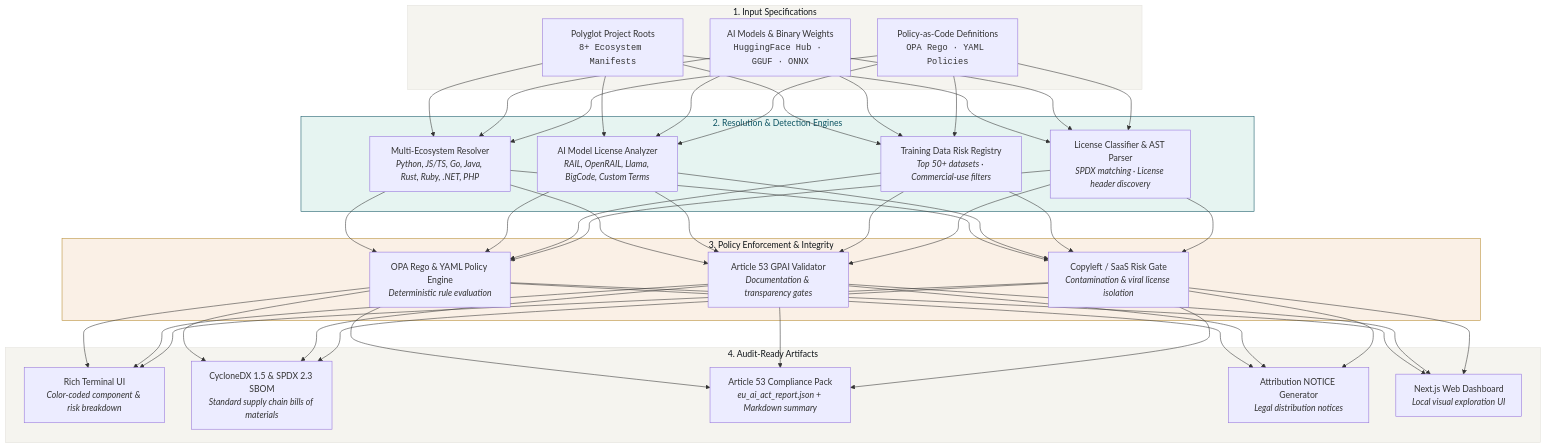
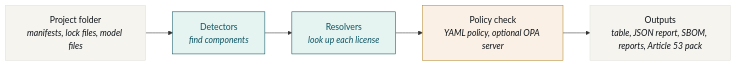
Before and after one commit to aiexponent/license-compliance-checker: the diagram in README.md, drawn with Mermaid. The commit also changed other lines of this file and 1 other file, not shown here.

````diff
--- a/README.md
+++ b/README.md
@@ -94,38 +95,13 @@
 ```mermaid
-graph TB
-    subgraph Inputs ["1. Input Specifications"]
-        INP1["Polyglot Project Roots<br/><code>8+ Ecosystem Manifests</code>"]
-        INP2["AI Models & Binary Weights<br/><code>HuggingFace Hub · GGUF · ONNX</code>"]
-        INP3["Policy-as-Code Definitions<br/><code>OPA Rego · YAML Policies</code>"]
-    end
+graph LR
+    A["Project folder<br/><em>manifests, lock files, model files</em>"] --> B["Detectors<br/><em>find components</em>"]
+    B --> C["Resolvers<br/><em>look up each license</em>"]
+    C --> D["Policy check<br/><em>YAML policy, optional OPA server</em>"]
+    D --> E["Outputs<br/><em>table, JSON report, SBOM, reports, Article 53 pack</em>"]
 
-    subgraph Engines ["2. Resolution & Detection Engines"]
-        DEP["Multi-Ecosystem Resolver<br/><em>Python, JS/TS, Go, Java, Rust, Ruby, .NET, PHP</em>"]
-        MOD["AI Model License Analyzer<br/><em>RAIL, OpenRAIL, Llama, BigCode, Custom Terms</em>"]
-        DATA["Training Data Risk Registry<br/><em>Top 50+ datasets · Commercial-use filters</em>"]
-        AST["License Classifier & AST Parser<br/><em>SPDX matching · License header discovery</em>"]
-    end
-
-    subgraph Policy ["3. Policy Enforcement & Integrity"]
-        OPA["OPA Rego & YAML Policy Engine<br/><em>Deterministic rule evaluation</em>"]
-        ART53["Article 53 GPAI Validator<br/><em>Documentation & transparency gates</em>"]
-        GPL["Copyleft / SaaS Risk Gate<br/><em>Contamination & viral license isolation</em>"]
-    end
-
-    subgraph Outputs ["4. Audit-Ready Artifacts"]
-        OUT1["Rich Terminal UI<br/><em>Color-coded component & risk breakdown</em>"]
-        OUT2["CycloneDX 1.5 & SPDX 2.3 SBOM<br/><em>Standard supply chain bills of materials</em>"]
-        OUT3["Article 53 Compliance Pack<br/><em>eu_ai_act_report.json + Markdown summary</em>"]
-        OUT4["Attribution NOTICE Generator<br/><em>Legal distribution notices</em>"]
-        OUT5["Next.js Web Dashboard<br/><em>Local visual exploration UI</em>"]
-    end
-
-    INP1 & INP2 & INP3 --> DEP & MOD & DATA & AST
-    DEP & MOD & DATA & AST --> OPA & ART53 & GPL
-    OPA & ART53 & GPL --> OUT1 & OUT2 & OUT3 & OUT4 & OUT5
-
-    style Inputs fill:#F5F4EF,stroke:#E4E2DC,color:#0F1419
-    style Engines fill:#E6F4F1,stroke:#0D5463,color:#0D5463
-    style Policy fill:#FAF0E6,stroke:#B68A2E,color:#0F1419
-    style Outputs fill:#F5F4EF,stroke:#E4E2DC,color:#0F1419
+    style A fill:#F5F4EF,stroke:#E4E2DC,color:#0F1419
+    style B fill:#E6F4F1,stroke:#0D5463,color:#0D5463
+    style C fill:#E6F4F1,stroke:#0D5463,color:#0D5463
+    style D fill:#FAF0E6,stroke:#B68A2E,color:#0F1419
+    style E fill:#F5F4EF,stroke:#E4E2DC,color:#0F1419
 ```
````
